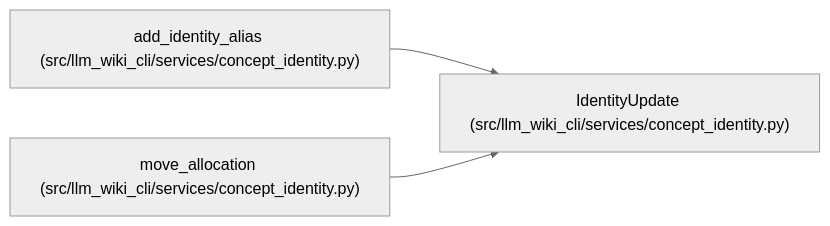
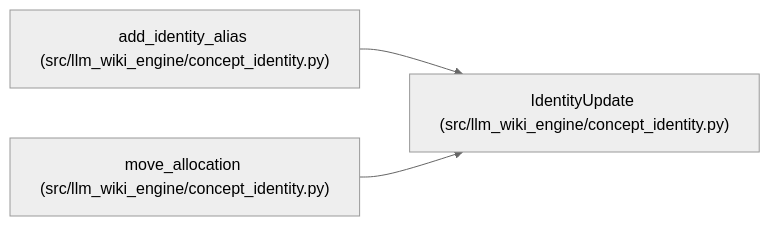
The diagram in docs/llm_wiki/entities/IdentityUpdate.md (Denissvgn/python-wiki-llm), drawn with Mermaid (neutral theme) before and after one commit. The commit also changed other lines of this file and 1103 other files, not shown here.

First line of the commit message:
docs: refresh the wiki for the llm-wiki-engine distribution

````diff
--- a/docs/llm_wiki/entities/IdentityUpdate.md
+++ b/docs/llm_wiki/entities/IdentityUpdate.md
@@ -30,11 +30,11 @@
 ```mermaid
 flowchart LR
-    n0["IdentityUpdate (src/llm_wiki_cli/services/concept_identity.py)"]
-    n1["add_identity_alias (src/llm_wiki_cli/services/concept_identity.py)"]
-    n2["move_allocation (src/llm_wiki_cli/services/concept_identity.py)"]
+    n0["IdentityUpdate (src/llm_wiki_engine/concept_identity.py)"]
+    n1["add_identity_alias (src/llm_wiki_engine/concept_identity.py)"]
+    n2["move_allocation (src/llm_wiki_engine/concept_identity.py)"]
     n1 --> n0
     n2 --> n0
     click n0 "../modules/concept_identity.md"
     click n1 "../modules/concept_identity.md"
     click n2 "../modules/concept_identity.md"
 ```
````
